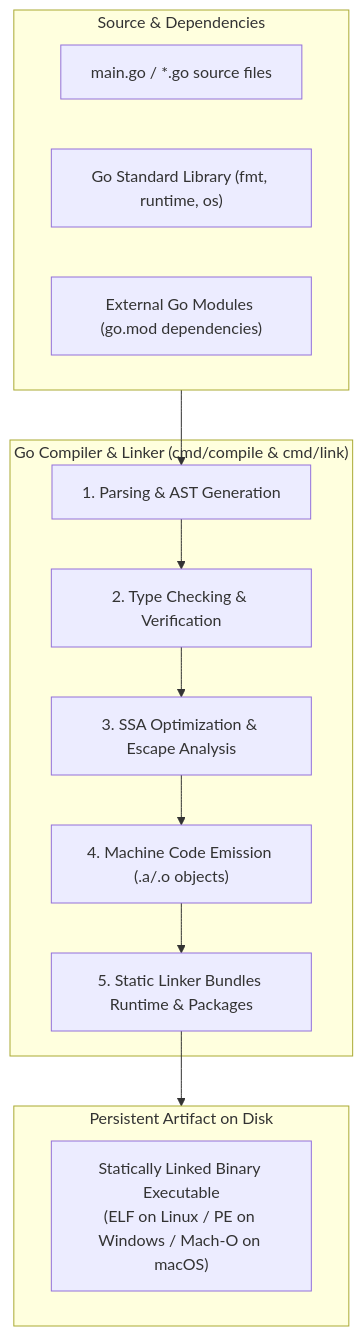
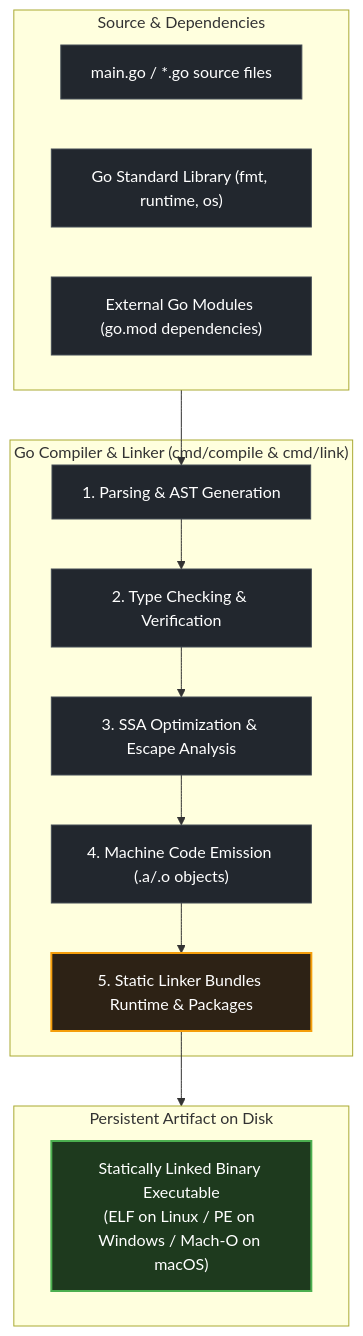
The diagram in curriculum/modules/02-go-setup-tooling/lessons/04-go-build/README.md (swe-labs/the-go-engineer), drawn with Mermaid before and after one commit. The commit also changed other lines of this file and 19 other files, not shown here.

````diff
--- a/curriculum/modules/02-go-setup-tooling/lessons/04-go-build/README.md
+++ b/curriculum/modules/02-go-setup-tooling/lessons/04-go-build/README.md
@@ -17,25 +20,31 @@
 ```mermaid
 flowchart TD
+    classDef frontDoor fill:#1a233a,stroke:#3b82f6,stroke-width:2px,color:#ffffff;
+    classDef exitGate fill:#1e3a1e,stroke:#4caf50,stroke-width:2px,color:#ffffff;
+    classDef standardNode fill:#22272e,stroke:#444c56,stroke-width:1px,color:#ffffff;
+    classDef capstoneNode fill:#2d2215,stroke:#f59e0b,stroke-width:2px,color:#ffffff;
+    classDef container fill:#161b22,stroke:#30363d,stroke-width:1px,color:#8b949e;
+
     subgraph Inputs["Source & Dependencies"]
-        SRC["main.go / *.go source files"]
-        STDLIB["Go Standard Library (fmt, runtime, os)"]
-        MODS["External Go Modules (go.mod dependencies)"]
+        SRC["main.go / *.go source files"]:::standardNode
+        STDLIB["Go Standard Library (fmt, runtime, os)"]:::standardNode
+        MODS["External Go Modules (go.mod dependencies)"]:::standardNode
     end
 
     subgraph Toolchain["Go Compiler & Linker (cmd/compile & cmd/link)"]
-        AST["1. Parsing & AST Generation"]
-        TYPE["2. Type Checking & Verification"]
-        OPT["3. SSA Optimization & Escape Analysis"]
-        OBJ["4. Machine Code Emission (.a/.o objects)"]
-        LINK["5. Static Linker Bundles Runtime & Packages"]
+        AST["1. Parsing & AST Generation"]:::standardNode
+        TYPE["2. Type Checking & Verification"]:::standardNode
+        OPT["3. SSA Optimization & Escape Analysis"]:::standardNode
+        OBJ["4. Machine Code Emission (.a/.o objects)"]:::standardNode
+        LINK["5. Static Linker Bundles Runtime & Packages"]:::capstoneNode
 
         AST --> TYPE --> OPT --> OBJ --> LINK
     end
 
     subgraph Output["Persistent Artifact on Disk"]
-        BIN["Statically Linked Binary Executable\n(ELF on Linux / PE on Windows / Mach-O on macOS)"]
+        BIN["Statically Linked Binary Executable\n(ELF on Linux / PE on Windows / Mach-O on macOS)"]:::exitGate
     end
 
     Inputs --> AST
     LINK --> Output
 ```
````
